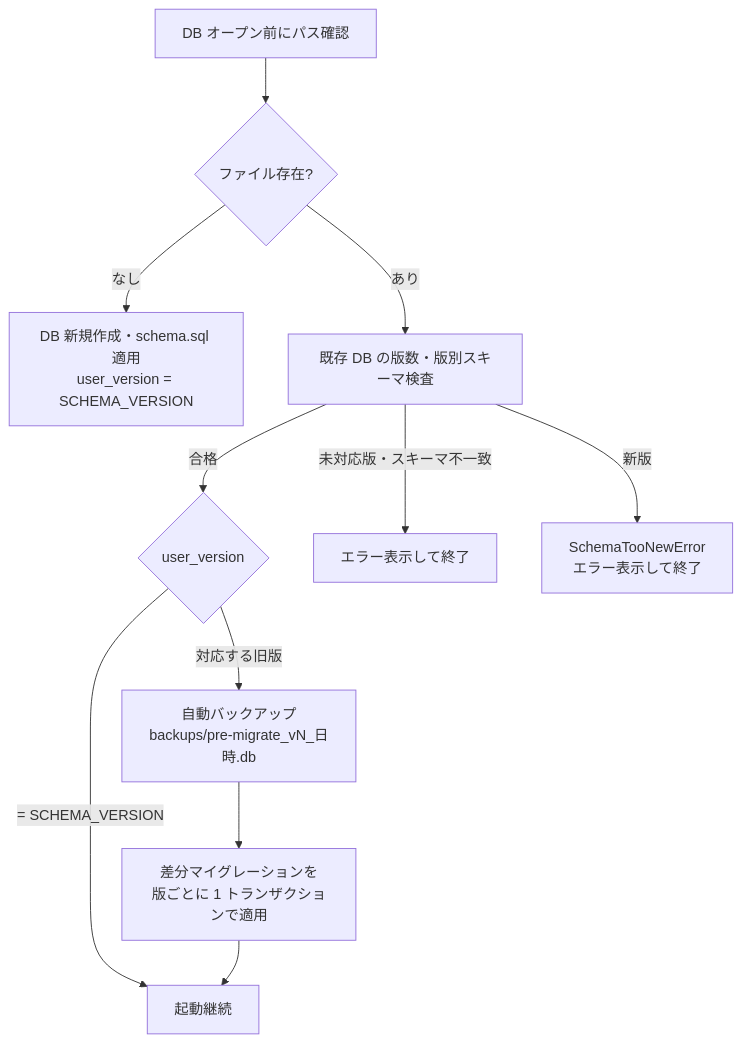
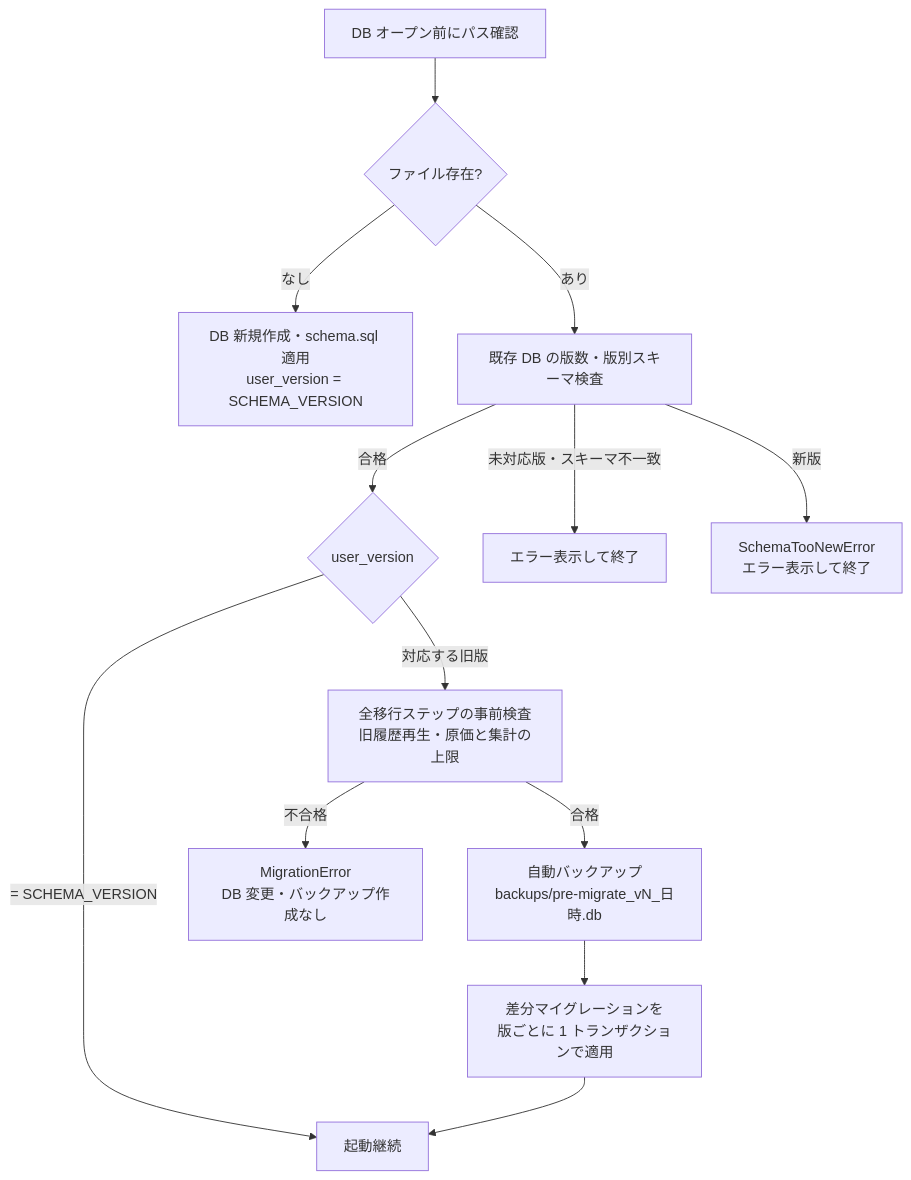
Before and after one commit to sho-kawasaki-dd/inventory-management-app: the third of 5 diagrams in docs/ローカル在庫管理アプリ開発計画書.md, drawn with Mermaid. The commit also changed other lines of this file and 1 other file, not shown here.

````diff
--- a/docs/ローカル在庫管理アプリ開発計画書.md
+++ b/docs/ローカル在庫管理アプリ開発計画書.md
@@ -507,13 +507,15 @@
 ```mermaid
 flowchart TD
   A[DB オープン前にパス確認] --> B{ファイル存在?}
   B -- なし --> C[DB 新規作成・schema.sql 適用<br>user_version = SCHEMA_VERSION]
   B -- あり --> V[既存 DB の版数・版別スキーマ検査]
   V -- 合格 --> D{user_version}
   V -- 未対応版・スキーマ不一致 --> I[エラー表示して終了]
     D -- "= SCHEMA_VERSION" --> E[起動継続]
-  D -- "対応する旧版" --> F[自動バックアップ<br>backups/pre-migrate_vN_日時.db]
+  D -- "対応する旧版" --> P[全移行ステップの事前検査<br>旧履歴再生・原価と集計の上限]
+  P -- 合格 --> F[自動バックアップ<br>backups/pre-migrate_vN_日時.db]
+  P -- 不合格 --> J[MigrationError<br>DB 変更・バックアップ作成なし]
     F --> G[差分マイグレーションを<br>版ごとに 1 トランザクションで適用]
     G --> E
   V -- 新版 --> H[SchemaTooNewError<br>エラー表示して終了]
 ```
````
